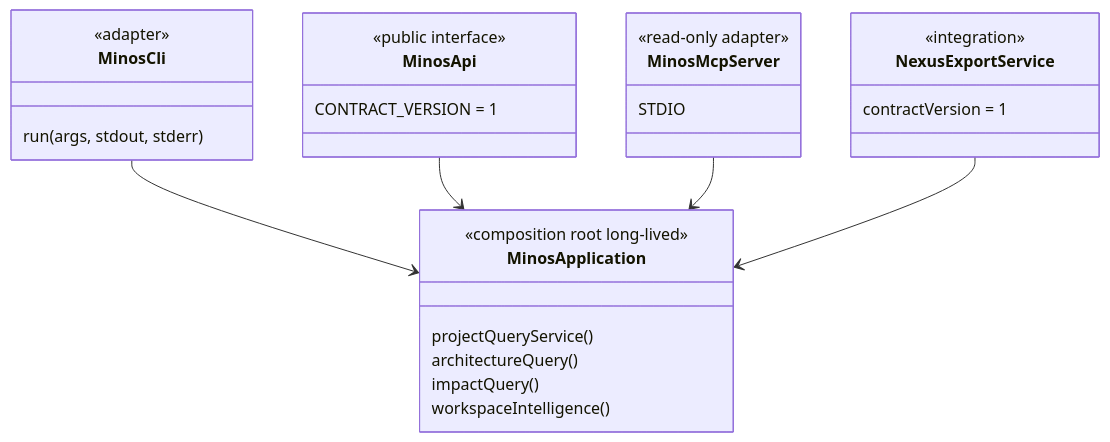
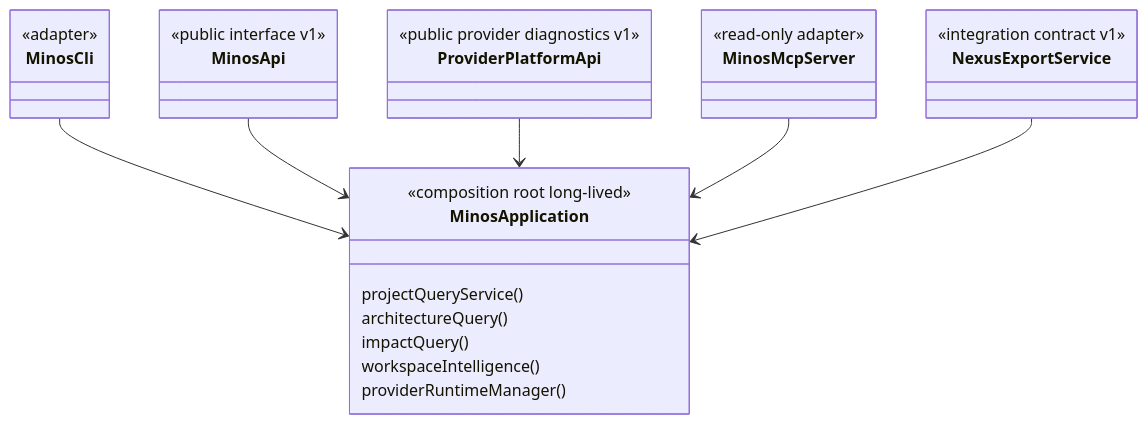
Before and after one commit to FTurleque/minos-code-intelligence: the diagram in docs/developer/public-surfaces.md, drawn with Mermaid. The commit also changed other lines of this file, not shown here.

Commit message:
docs(m17): document provider platform public surfaces

````diff
--- a/docs/developer/public-surfaces.md
+++ b/docs/developer/public-surfaces.md
@@ -9,31 +9,22 @@
 ```mermaid
 classDiagram
     class MinosApplication {
       <<composition root long-lived>>
       projectQueryService()
       architectureQuery()
       impactQuery()
       workspaceIntelligence()
+      providerRuntimeManager()
     }
-    class MinosCli {
-      <<adapter>>
-      run(args, stdout, stderr)
-    }
-    class MinosApi {
-      <<public interface>>
-      CONTRACT_VERSION = 1
-    }
-    class MinosMcpServer {
-      <<read-only adapter>>
-      STDIO
-    }
-    class NexusExportService {
-      <<integration>>
-      contractVersion = 1
-    }
+    class MinosCli { <<adapter>> }
+    class MinosApi { <<public interface v1>> }
+    class ProviderPlatformApi { <<public provider diagnostics v1>> }
+    class MinosMcpServer { <<read-only adapter>> }
+    class NexusExportService { <<integration contract v1>> }
 
     MinosCli --> MinosApplication
     MinosApi --> MinosApplication
+    ProviderPlatformApi --> MinosApplication
     MinosMcpServer --> MinosApplication
     NexusExportService --> MinosApplication
 ```
````
